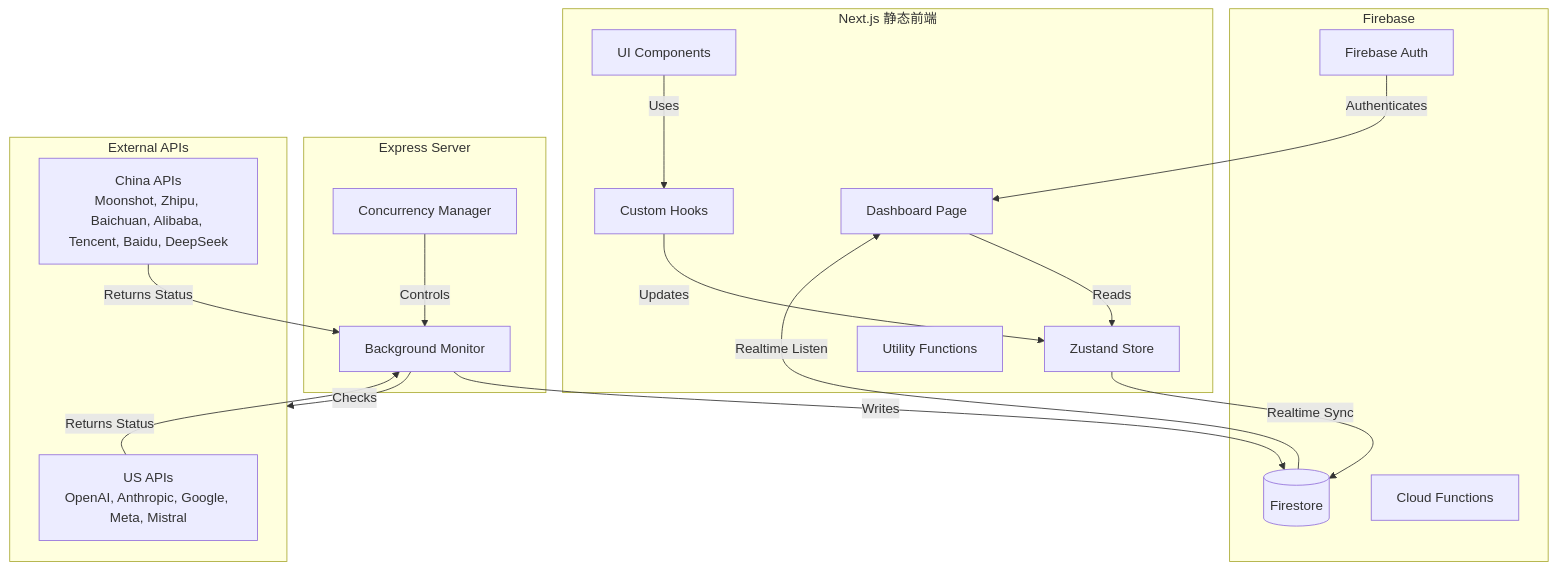
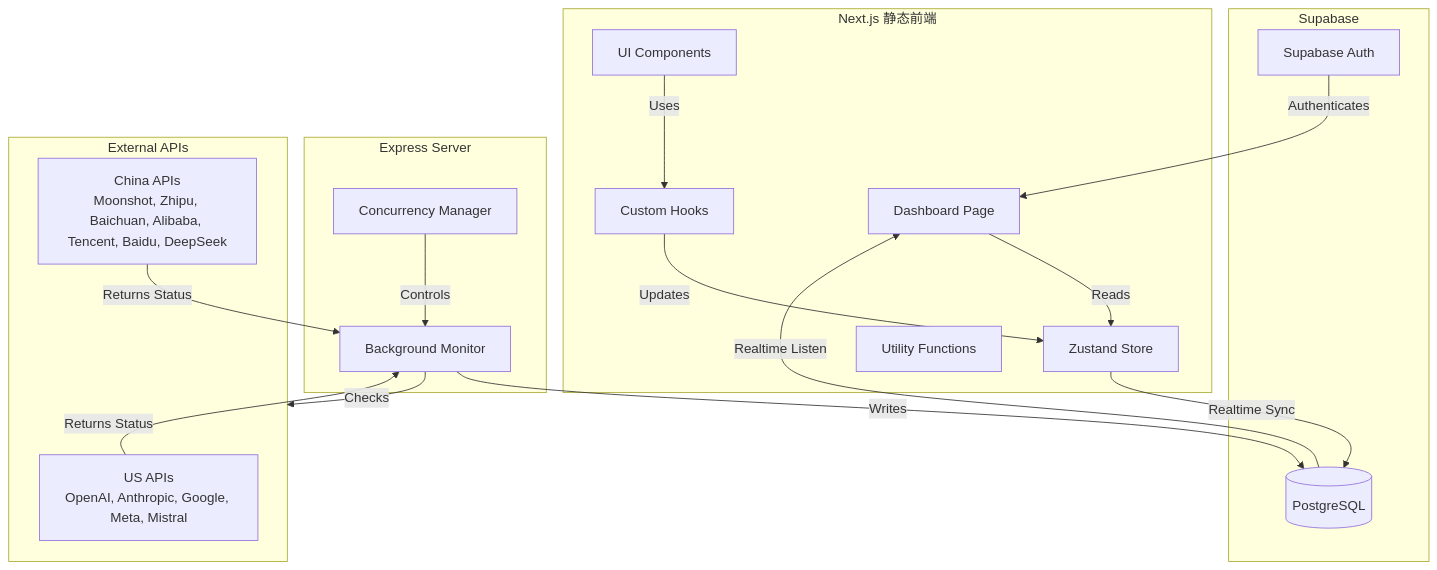
Before and after one commit to AjaCHN/LLM-API-Sentinel: the first of 13 diagrams in openspec/architecture.md, drawn with Mermaid. The commit also changed other lines of this file and 5 other files, not shown here.

First line of the commit message:
docs: 重构 openspec 规范文档，将 Firebase 引用更新为 Supabase

````diff
--- a/openspec/architecture.md
+++ b/openspec/architecture.md
@@ -22,41 +22,40 @@
 ```mermaid
 graph TD
     subgraph Frontend [Next.js 静态前端]
         Dashboard[Dashboard Page]
         Components[UI Components]
         Hooks[Custom Hooks]
         Store[Zustand Store]
         Lib[Utility Functions]
     end
 
-    subgraph Backend [Firebase]
-        Auth[Firebase Auth]
-        DB[(Firestore)]
-        Functions[Cloud Functions]
+    subgraph Backend [Supabase]
+        Auth[Supabase Auth]
+        DB[(PostgreSQL)]
     end
 
     subgraph Background [Express Server]
         Monitor[Background Monitor]
         Concurrency[Concurrency Manager]
     end
 
     subgraph External [External APIs]
         US[US APIs\nOpenAI, Anthropic, Google, Meta, Mistral]
         CN[China APIs\nMoonshot, Zhipu, Baichuan, Alibaba, Tencent, Baidu, DeepSeek]
     end
 
     Dashboard -->|Reads| Store
     Components -->|Uses| Hooks
     Hooks -->|Updates| Store
     Store -->|Realtime Sync| DB
     Auth -->|Authenticates| Dashboard
     
     Monitor -->|Writes| DB
     Monitor -->|Checks| External
     Concurrency -->|Controls| Monitor
     
     US -->|Returns Status| Monitor
     CN -->|Returns Status| Monitor
     
     DB -->|Realtime Listen| Dashboard
 ```
````
